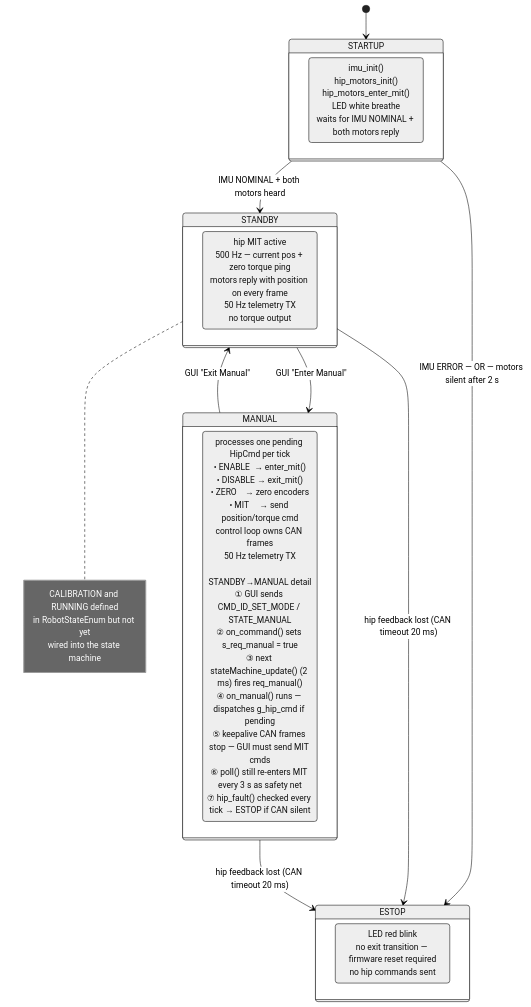
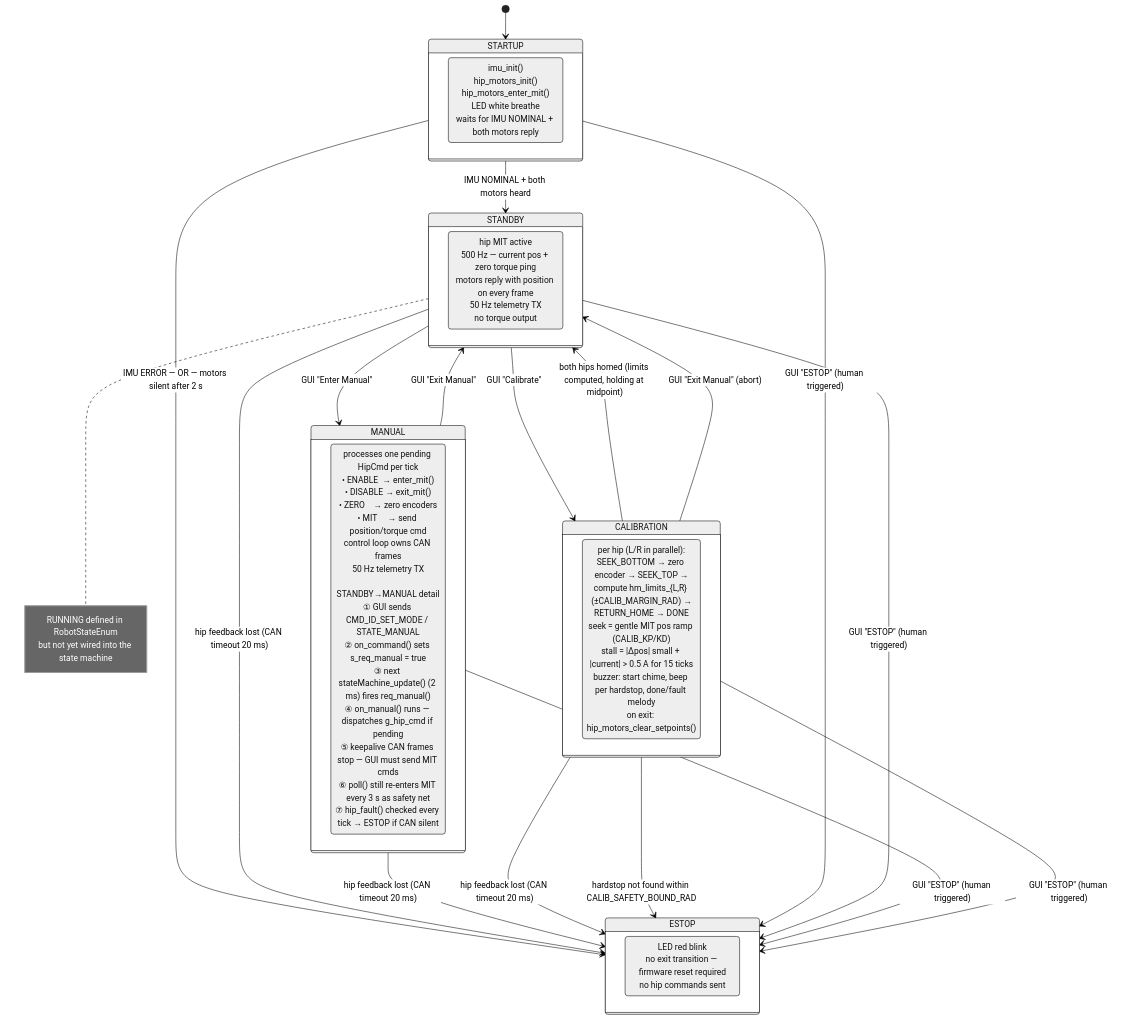
The diagram in firmware/robot_teensy/teensy/state_machine.md (fernandomierhicks/wheeled-leg-robot), drawn with Mermaid (neutral theme) before and after one commit. The commit also changed 18 other files, not shown here.

First line of the commit message:
Add hardstop calibration state machine and ESTOP request path

````diff
--- a/firmware/robot_teensy/teensy/state_machine.md
+++ b/firmware/robot_teensy/teensy/state_machine.md
@@ -3,34 +3,50 @@
 ```mermaid
 stateDiagram-v2
     [*] --> STARTUP
 
     STARTUP --> STANDBY : IMU NOMINAL + both motors heard
     STARTUP --> ESTOP   : IMU ERROR — OR — motors silent after 2 s
 
     STANDBY --> ESTOP   : hip feedback lost (CAN timeout 20 ms)
     STANDBY --> MANUAL  : GUI "Enter Manual"
+    STANDBY --> CALIBRATION : GUI "Calibrate"
     MANUAL  --> ESTOP   : hip feedback lost (CAN timeout 20 ms)
     MANUAL  --> STANDBY : GUI "Exit Manual"
+
+    CALIBRATION --> ESTOP   : hip feedback lost (CAN timeout 20 ms)
+    CALIBRATION --> ESTOP   : hardstop not found within CALIB_SAFETY_BOUND_RAD
+    CALIBRATION --> STANDBY : both hips homed (limits computed, holding at midpoint)
+    CALIBRATION --> STANDBY : GUI "Exit Manual" (abort)
+
+    STARTUP     --> ESTOP   : GUI "ESTOP" (human triggered)
+    STANDBY     --> ESTOP   : GUI "ESTOP" (human triggered)
+    MANUAL      --> ESTOP   : GUI "ESTOP" (human triggered)
+    CALIBRATION --> ESTOP   : GUI "ESTOP" (human triggered)
 
     state STARTUP {
         direction LR
         s1 : imu_init()<br/>hip_motors_init()<br/>hip_motors_enter_mit()<br/>LED white breathe<br/>waits for IMU NOMINAL + both motors reply
     }
 
     state STANDBY {
         direction LR
         s2 : hip MIT active<br/>500 Hz — current pos + zero torque ping<br/>motors reply with position on every frame<br/>50 Hz telemetry TX<br/>no torque output
+    }
+
+    state CALIBRATION {
+        direction LR
+        s5 : per hip (L/R in parallel):<br/>SEEK_BOTTOM → zero encoder → SEEK_TOP →<br/>compute hm_limits_{L,R} (±CALIB_MARGIN_RAD) →<br/>RETURN_HOME → DONE<br/>seek = gentle MIT pos ramp (CALIB_KP/KD)<br/>stall = |Δpos| small + |current| > 0.5 A for 15 ticks<br/>buzzer: start chime, beep per hardstop, done/fault melody<br/>on exit: hip_motors_clear_setpoints()
     }
 
     state MANUAL {
         direction LR
         s3 : processes one pending HipCmd per tick<br/>• ENABLE  → enter_mit()<br/>• DISABLE → exit_mit()<br/>• ZERO    → zero encoders<br/>• MIT     → send position/torque cmd<br/>control loop owns CAN frames<br/>50 Hz telemetry TX<br/><br/>STANDBY→MANUAL detail<br/>① GUI sends CMD_ID_SET_MODE / STATE_MANUAL<br/>② on_command() sets s_req_manual = true<br/>③ next stateMachine_update() (2 ms) fires req_manual()<br/>④ on_manual() runs — dispatches g_hip_cmd if pending<br/>⑤ keepalive CAN frames stop — GUI must send MIT cmds<br/>⑥ poll() still re-enters MIT every 3 s as safety net<br/>⑦ hip_fault() checked every tick → ESTOP if CAN silent
     }
 
     state ESTOP {
         direction LR
         s4 : LED red blink<br/>no exit transition — firmware reset required<br/>no hip commands sent
     }
 
-    note right of STANDBY : CALIBRATION and RUNNING defined<br/>in RobotStateEnum but not yet<br/>wired into the state machine
+    note right of STANDBY : RUNNING defined in RobotStateEnum<br/>but not yet wired into the state machine
 ```
````
